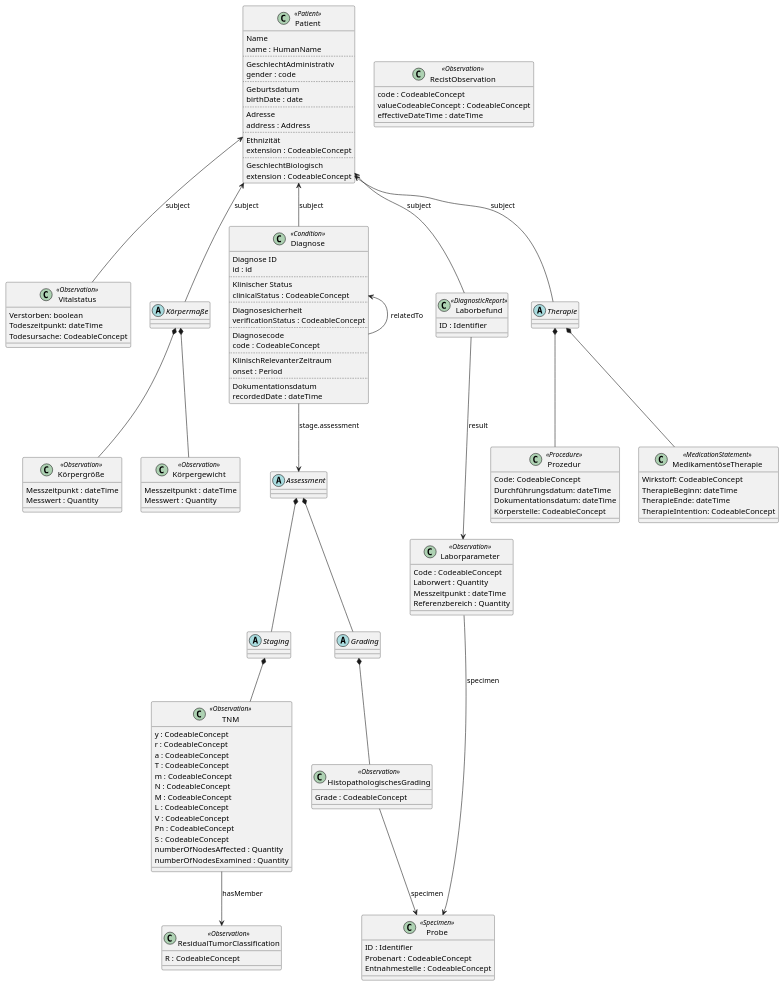
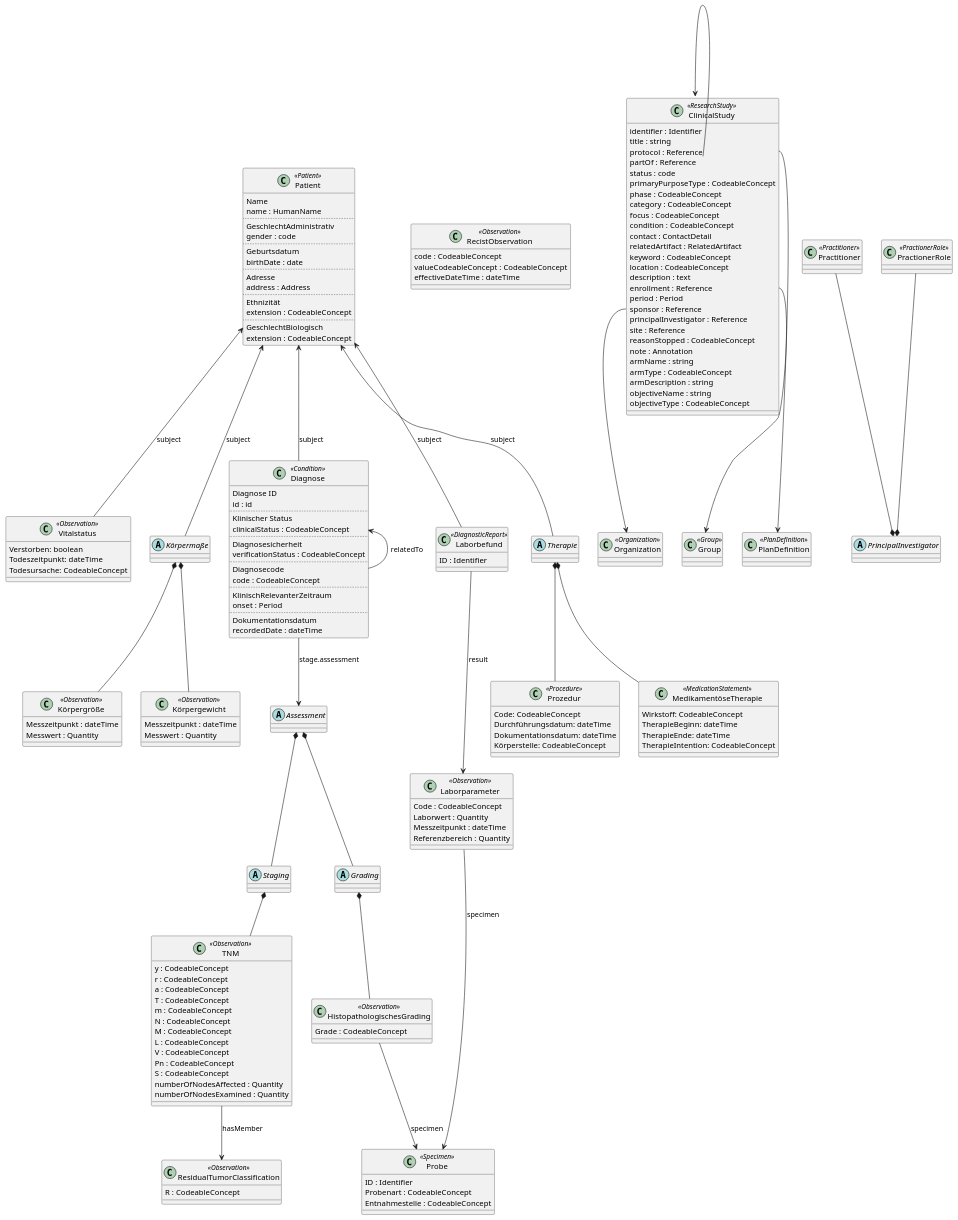
Before and after one commit to vision-zero-oncology/GOLD: the diagram in input/images/model.puml, drawn with PlantUML.

Commit message:
Added ResearchStudy and References

```diff
--- a/input/images/model.puml
+++ b/input/images/model.puml
@@ -170,4 +170,63 @@
 Therapie *-- MedikamentöseTherapie
 Patient <-- Therapie : subject
 
+class ClinicalStudy <<ResearchStudy>> {
+    identifier : Identifier
+    title : string
+    protocol : Reference
+    partOf : Reference
+    status : code 
+    primaryPurposeType : CodeableConcept
+    phase : CodeableConcept
+    category : CodeableConcept
+    focus : CodeableConcept
+    condition : CodeableConcept
+    contact : ContactDetail
+    relatedArtifact : RelatedArtifact
+    keyword : CodeableConcept
+    location : CodeableConcept
+    description : text
+    enrollment : Reference 
+    period : Period
+    sponsor : Reference
+    principalInvestigator : Reference
+    site : Reference
+    reasonStopped : CodeableConcept
+    note : Annotation
+    armName : string
+    armType : CodeableConcept
+    armDescription : string
+    objectiveName : string
+    objectiveType : CodeableConcept
+}
+
+abstract PrincipalInvestigator 
+class Practitioner <<Practitioner>> {
+
+}
+
+class PractionerRole <<PractionerRole>> {
+
+}
+
+Practitioner --* PrincipalInvestigator
+PractionerRole --* PrincipalInvestigator
+
+class Organization <<Organization>> {
+
+}
+
+class Group <<Group>> {
+
+}
+
+class PlanDefinition <<PlanDefinition>> {
+
+}
+
+ClinicalStudy::sponsor --> Organization
+ClinicalStudy::enrollment --> Group
+ClinicalStudy::protocol --> PlanDefinition
+ClinicalStudy::partOf --> ClinicalStudy
+
 @enduml
```
